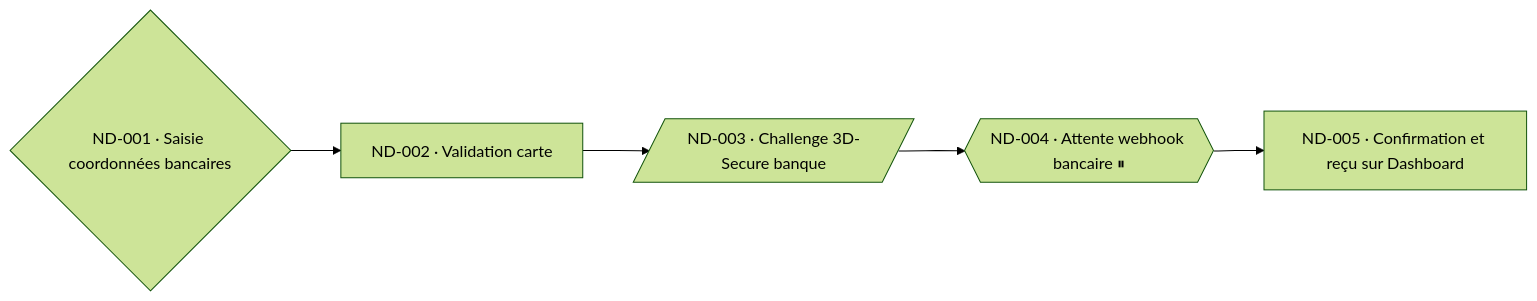
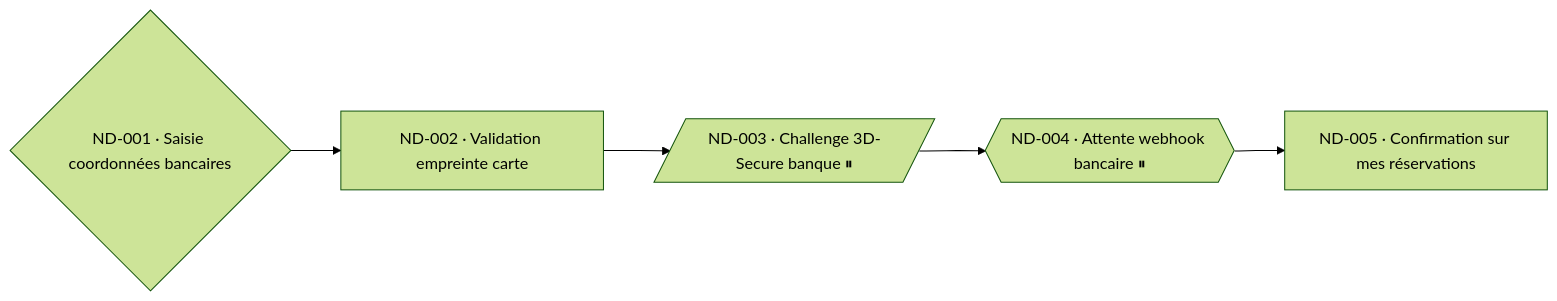
The diagram in examples/preview-showcase/PF-PAIEMENT-EXPANDED.mmd (Pi0up/ai-skills), drawn with Mermaid (forest theme) before and after one commit. The commit also changed 40 other files, not shown here.

Commit message:
feat(dataset): add comprehensive ECO-STAYS test dataset covering all IA articulation cases

```diff
--- a/examples/preview-showcase/PF-PAIEMENT-EXPANDED.mmd
+++ b/examples/preview-showcase/PF-PAIEMENT-EXPANDED.mmd
@@ -1,18 +1,18 @@
-%%@file id=PF-PAIEMENT-EXPANDED project=SALLES kind=userflow view=expanded uc=UC-RESERVATION obj=OBJ-RES-01 roles=CLIENT title="Sous-Parcours Paiement Sécurisé (Déplié)" version="1.1"
+%%@file id=PF-PAIEMENT-EXPANDED project=ECO-STAYS kind=userflow view=expanded uc=UC-RESERVATION obj=OBJ-RES-01 roles=VOYAGEUR title="Sous-Parcours Paiement Sécurisé (Déplié)" version="1.3"
 %%@node ND_P01 code=F001:PAY type=ECR order=1
 %%@node ND_P02 ref=FEAT-SAISIE-CB type=ACT order=2
-%%@node ND_P03 code=EXT-3DSECURE type=EXT obs=none order=3
-%%@node ND_P04 type=ATT break=yes delay=30s persist=external resume=ND_P05 order=4
-%%@node ND_P05 code=D001 type=ECR order=5
+%%@node ND_P03 code=EXT-3DSECURE type=EXT obs=none break=yes delay=5m persist=volatile resume=ND_P04 order=3
+%%@node ND_P04 type=ATT break=yes delay=10s persist=volatile resume=ND_P05 order=4
+%%@node ND_P05 code=L002 type=ECR order=5
 %%@edge ND_P01>ND_P02 kind=nominal
 %%@edge ND_P02>ND_P03 kind=nominal
 %%@edge ND_P03>ND_P04 kind=nominal
 %%@edge ND_P04>ND_P05 kind=nominal
 flowchart LR
   ND_P01{"ND-001 · Saisie coordonnées bancaires"}
-  ND_P02["ND-002 · Validation carte"]
-  ND_P03[/"ND-003 · Challenge 3D-Secure banque"/]
+  ND_P02["ND-002 · Validation empreinte carte"]
+  ND_P03[/"ND-003 · Challenge 3D-Secure banque ⏸"/]
   ND_P04{{"ND-004 · Attente webhook bancaire ⏸"}}
-  ND_P05["ND-005 · Confirmation et reçu sur Dashboard"]
+  ND_P05["ND-005 · Confirmation sur mes réservations"]
 
   ND_P01 --> ND_P02 --> ND_P03 --> ND_P04 --> ND_P05
```
